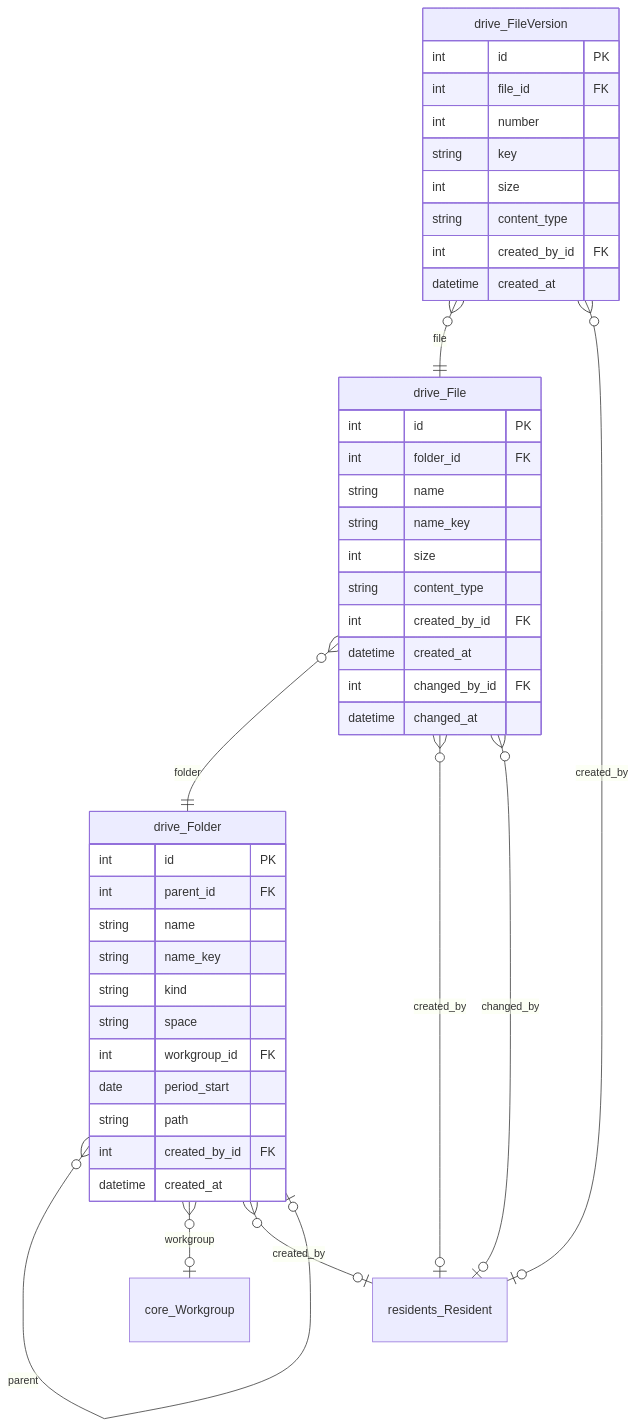
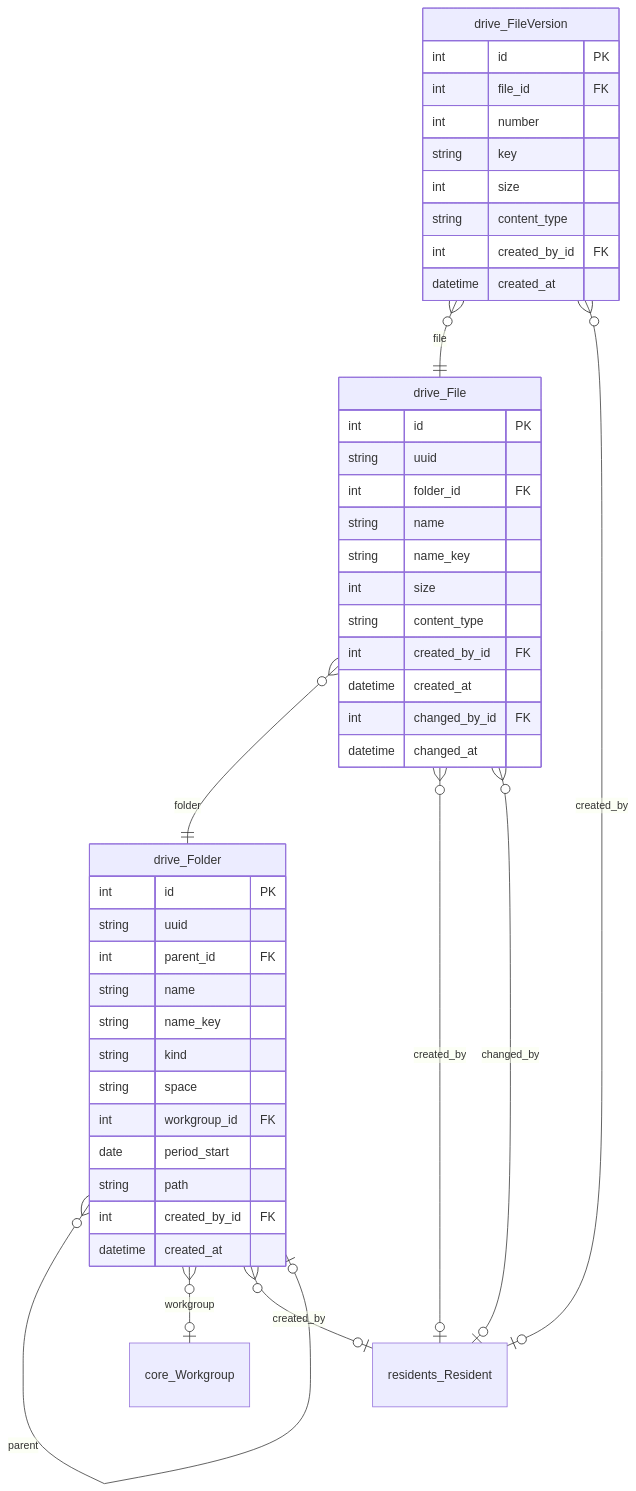
Before and after one commit to GAHK-org/gahk_intern: the seventh of 18 diagrams in docs/erd.md, drawn with Mermaid. The commit also changed other lines of this file and 7 other files, not shown here.

````diff
--- a/docs/erd.md
+++ b/docs/erd.md
@@ -1460,53 +1462,55 @@
 ```mermaid
 erDiagram
     drive_Folder {
         int id PK
+        string uuid
         int parent_id FK
         string name
         string name_key
         string kind
         string space
         int workgroup_id FK
         date period_start
         string path
         int created_by_id FK
         datetime created_at
     }
 
     drive_File {
         int id PK
+        string uuid
         int folder_id FK
         string name
         string name_key
         int size
         string content_type
         int created_by_id FK
         datetime created_at
         int changed_by_id FK
         datetime changed_at
     }
 
     drive_FileVersion {
         int id PK
         int file_id FK
         int number
         string key
         int size
         string content_type
         int created_by_id FK
         datetime created_at
     }
 
     core_Workgroup { }
 
     residents_Resident { }
 
     drive_Folder }o--|o drive_Folder : "parent"
     drive_Folder }o--|o core_Workgroup : "workgroup"
     drive_Folder }o--|o residents_Resident : "created_by"
     drive_File }o--|| drive_Folder : "folder"
     drive_File }o--|o residents_Resident : "created_by"
     drive_File }o--|o residents_Resident : "changed_by"
     drive_FileVersion }o--|| drive_File : "file"
     drive_FileVersion }o--|o residents_Resident : "created_by"
 ```
````
